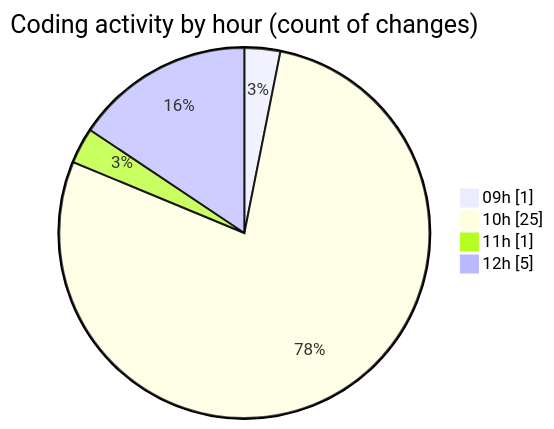
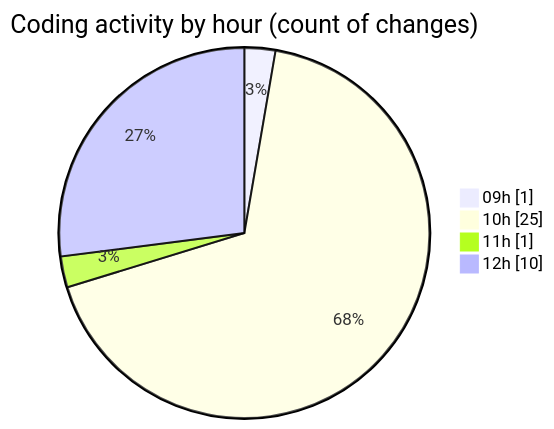
Before and after one commit to momahboobian/code-tracking: the second of 2 diagrams in 2026-04-15/cda/README.md, drawn with Mermaid. The commit also changed other lines of this file and 1 other file, not shown here.

````diff
--- a/2026-04-15/cda/README.md
+++ b/2026-04-15/cda/README.md
@@ -39,8 +39,8 @@
 ```mermaid
 pie showData
 title Coding activity by hour (count of changes)
 "09h" : 1
 "10h" : 25
 "11h" : 1
-"12h" : 5
+"12h" : 10
 ```
````
